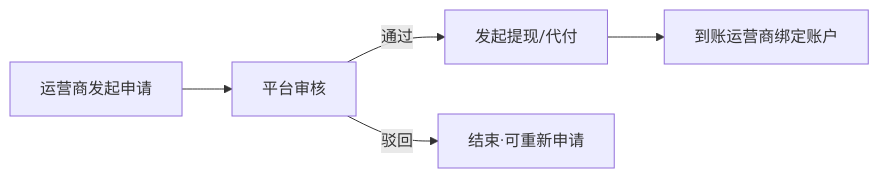
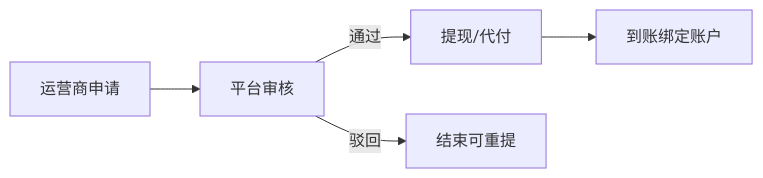
One commit to liudali/rider-swap-operator-prototype changed the diagram in prototype/docs/md/运营商提现规则.md. Above: the diagram before and after it, drawn with Mermaid. The commit also changed other lines of this file and 102 other files, not shown here.

````diff
--- a/prototype/docs/md/运营商提现规则.md
+++ b/prototype/docs/md/运营商提现规则.md
@@ -51,7 +80,7 @@
 ```mermaid
 flowchart LR
-  A[运营商发起申请] --> B[平台审核]
-  B -->|通过| C[发起提现/代付]
-  B -->|驳回| D[结束·可重新申请]
-  C --> E[到账运营商绑定账户]
+  A[运营商申请] --> B[平台审核]
+  B -->|通过| C[提现/代付]
+  B -->|驳回| D[结束可重提]
+  C --> E[到账绑定账户]
 ```
````
